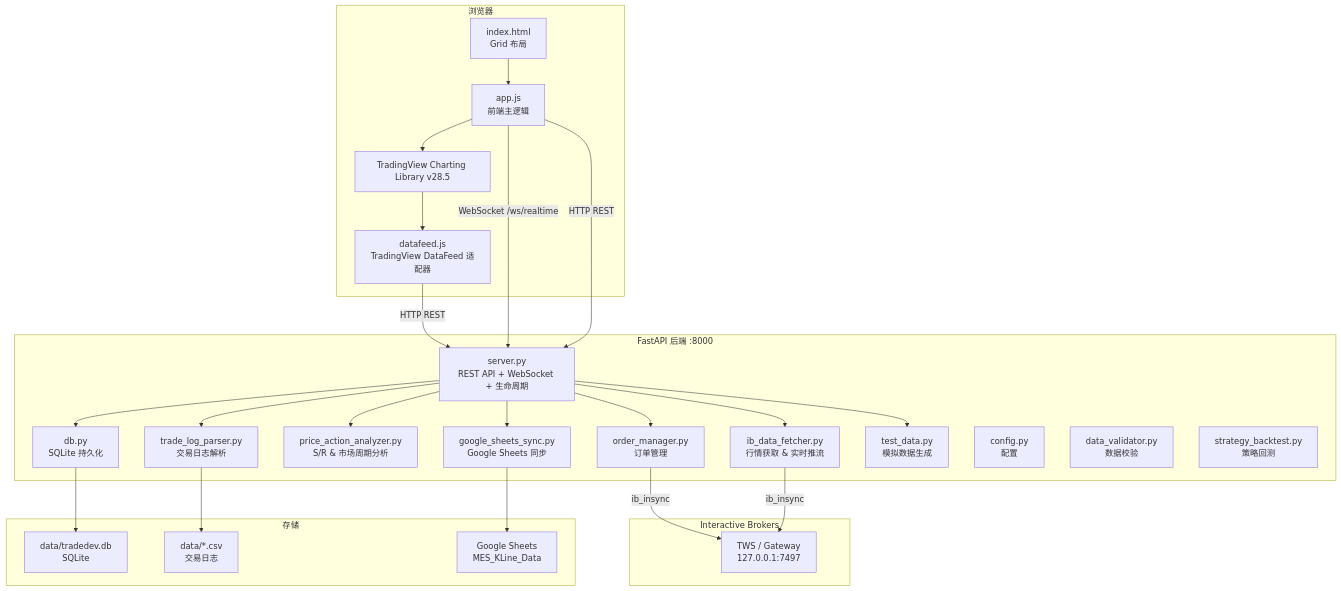
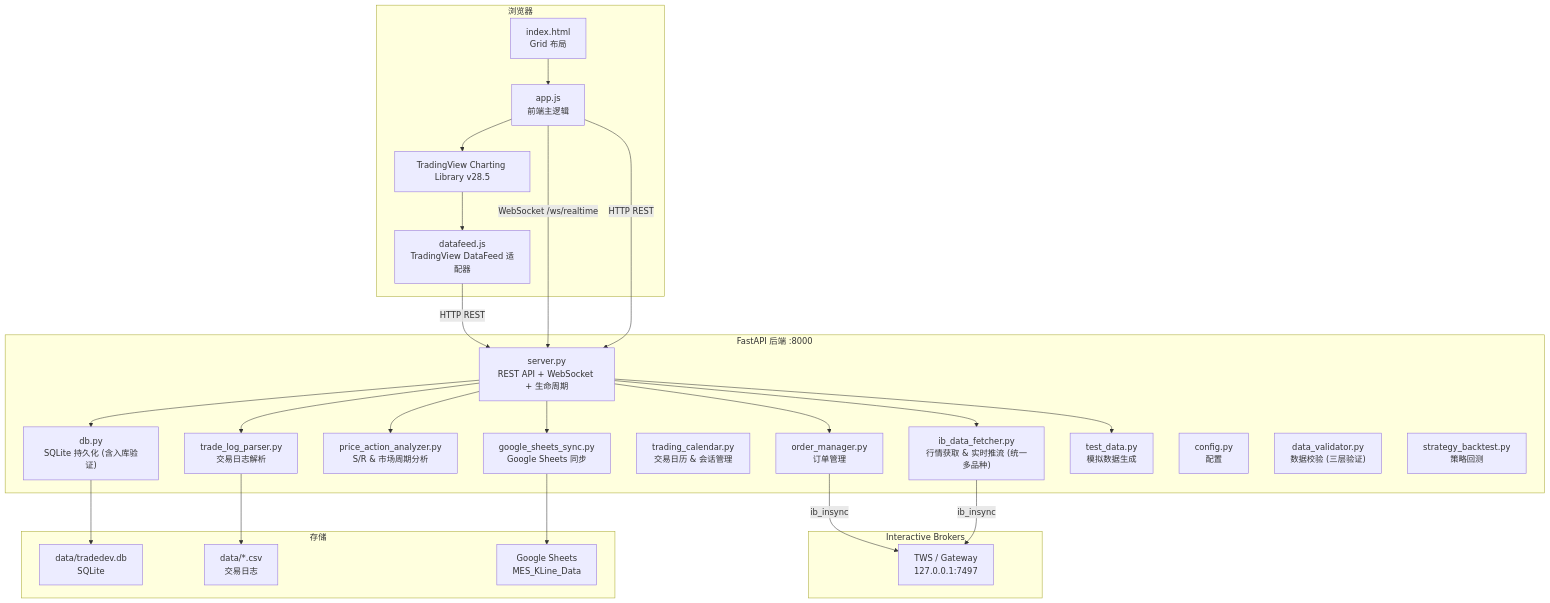
Before and after one commit to ditto0907/TradeDev: the first of 7 diagrams in priceaction/README.md, drawn with Mermaid. The commit also changed 3 other files, not shown here.

````diff
--- a/priceaction/README.md
+++ b/priceaction/README.md
@@ -9,54 +9,55 @@
 ```mermaid
 graph TB
     subgraph Browser["浏览器"]
         UI["index.html<br/>Grid 布局"]
         APP["app.js<br/>前端主逻辑"]
         DF["datafeed.js<br/>TradingView DataFeed 适配器"]
         TV["TradingView Charting Library v28.5"]
     end
 
     subgraph Backend["FastAPI 后端 :8000"]
         SRV["server.py<br/>REST API + WebSocket + 生命周期"]
         OM["order_manager.py<br/>订单管理"]
-        IDF["ib_data_fetcher.py<br/>行情获取 & 实时推流"]
+        IDF["ib_data_fetcher.py<br/>行情获取 & 实时推流 (统一多品种)"]
         PA["price_action_analyzer.py<br/>S/R & 市场周期分析"]
-        DB["db.py<br/>SQLite 持久化"]
+        DB["db.py<br/>SQLite 持久化 (含入库验证)"]
+        TC["trading_calendar.py<br/>交易日历 & 会话管理"]
         GS["google_sheets_sync.py<br/>Google Sheets 同步"]
         TLP["trade_log_parser.py<br/>交易日志解析"]
         TD["test_data.py<br/>模拟数据生成"]
         CFG["config.py<br/>配置"]
-        DV2["data_validator.py<br/>数据校验"]
+        DV2["data_validator.py<br/>数据校验 (三层验证)"]
         SB2["strategy_backtest.py<br/>策略回测"]
     end
 
     subgraph IB["Interactive Brokers"]
         TWS["TWS / Gateway<br/>127.0.0.1:7497"]
     end
 
     subgraph Storage["存储"]
         SQLite["data/tradedev.db<br/>SQLite"]
         CSV["data/*.csv<br/>交易日志"]
         GSHEET["Google Sheets<br/>MES_KLine_Data"]
     end
 
     UI --> APP
     APP --> TV
     TV --> DF
     DF -->|"HTTP REST"| SRV
     APP -->|"WebSocket /ws/realtime"| SRV
     APP -->|"HTTP REST"| SRV
 
     SRV --> OM
     SRV --> IDF
     SRV --> PA
     SRV --> DB
     SRV --> GS
     SRV --> TLP
     SRV --> TD
 
     OM -->|"ib_insync"| TWS
     IDF -->|"ib_insync"| TWS
     DB --> SQLite
     TLP --> CSV
     GS --> GSHEET
 ```
````
